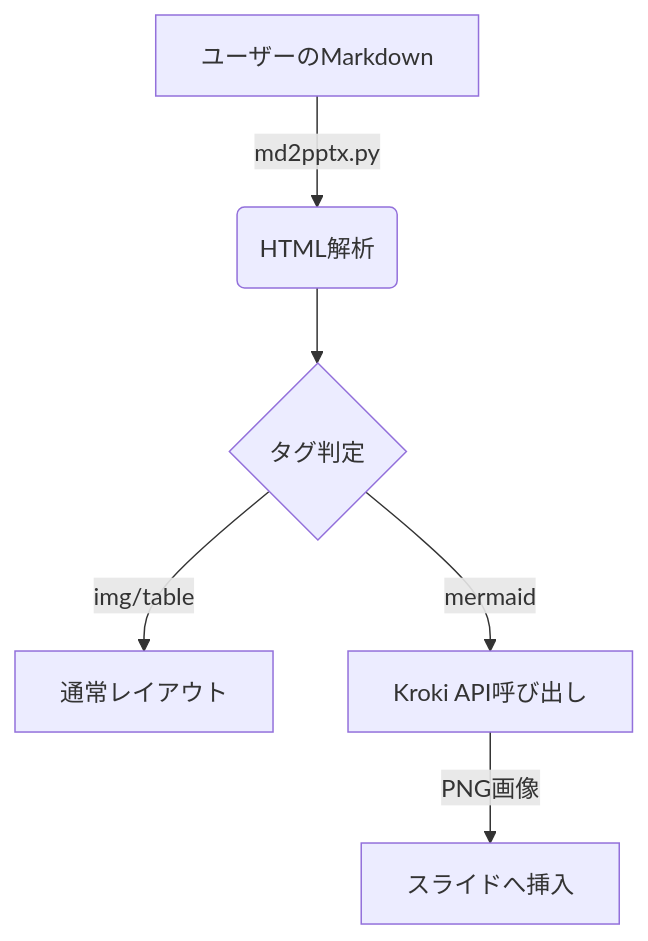
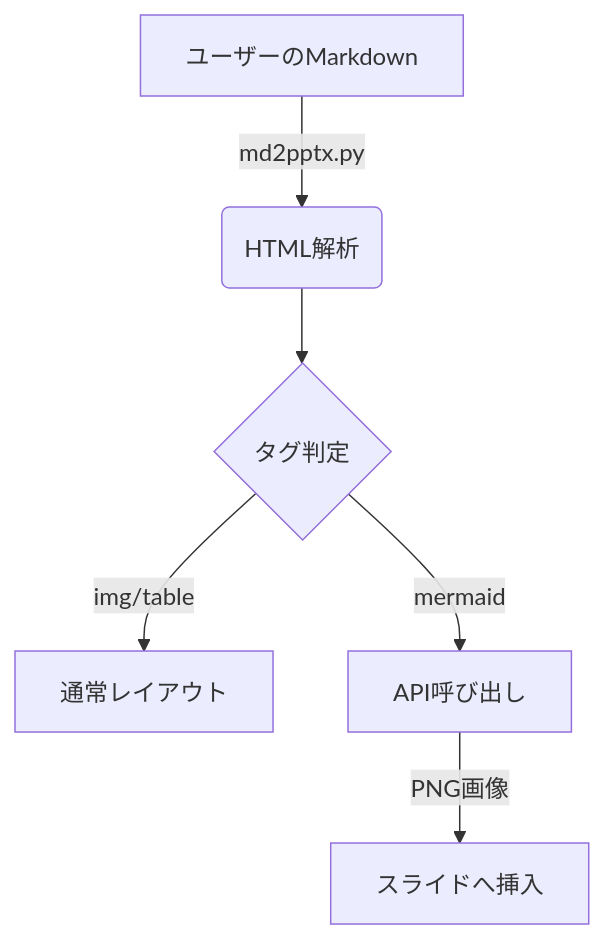
One commit to Toshiaki0315/md2pptx changed the diagram in sample.md. Above: the diagram before and after it, drawn with Mermaid. The commit also changed other lines of this file and 6 other files, not shown here.

````diff
--- a/sample.md
+++ b/sample.md
@@ -70,8 +76,8 @@
 ```mermaid
 graph TD
     A[ユーザーのMarkdown] -->|md2pptx.py| B(HTML解析)
     B --> C{タグ判定}
     C -->|img/table| D[通常レイアウト]
-    C -->|mermaid| E[Kroki API呼び出し]
+    C -->|mermaid| E[API呼び出し]
     E -->|PNG画像| F[スライドへ挿入]
 ```
````
